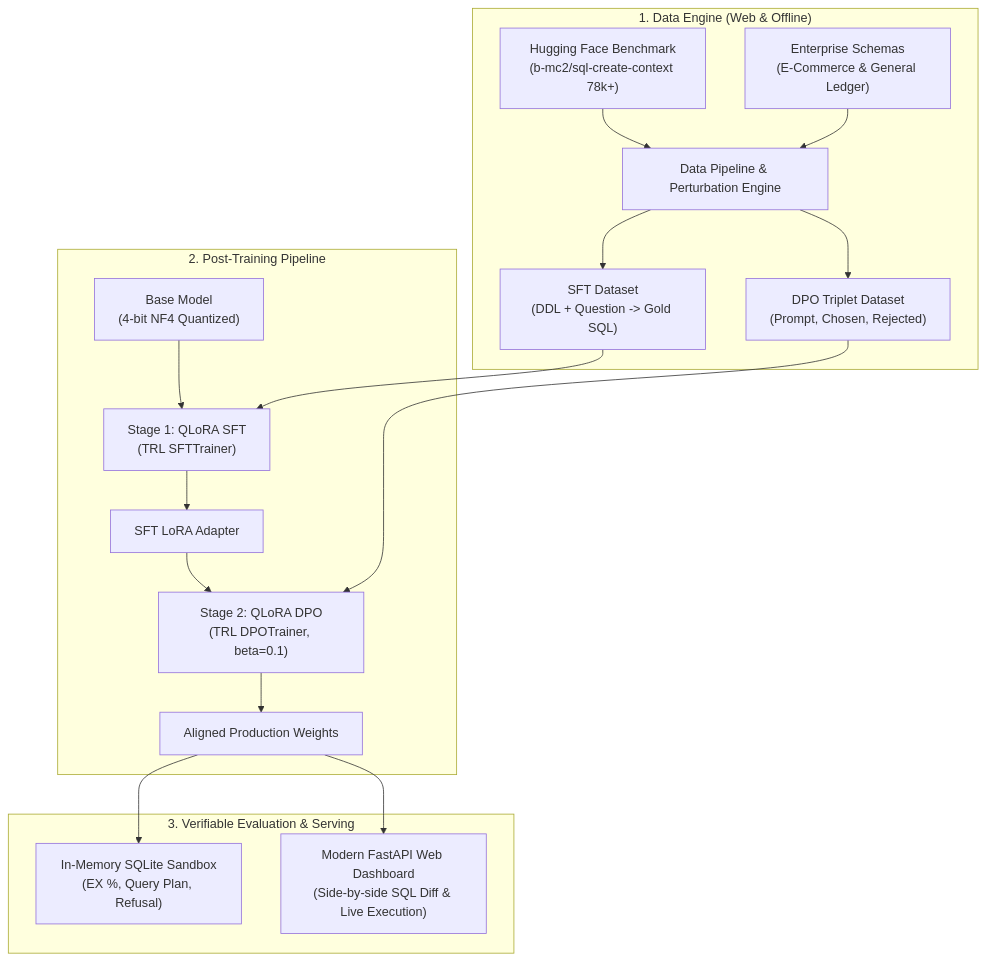
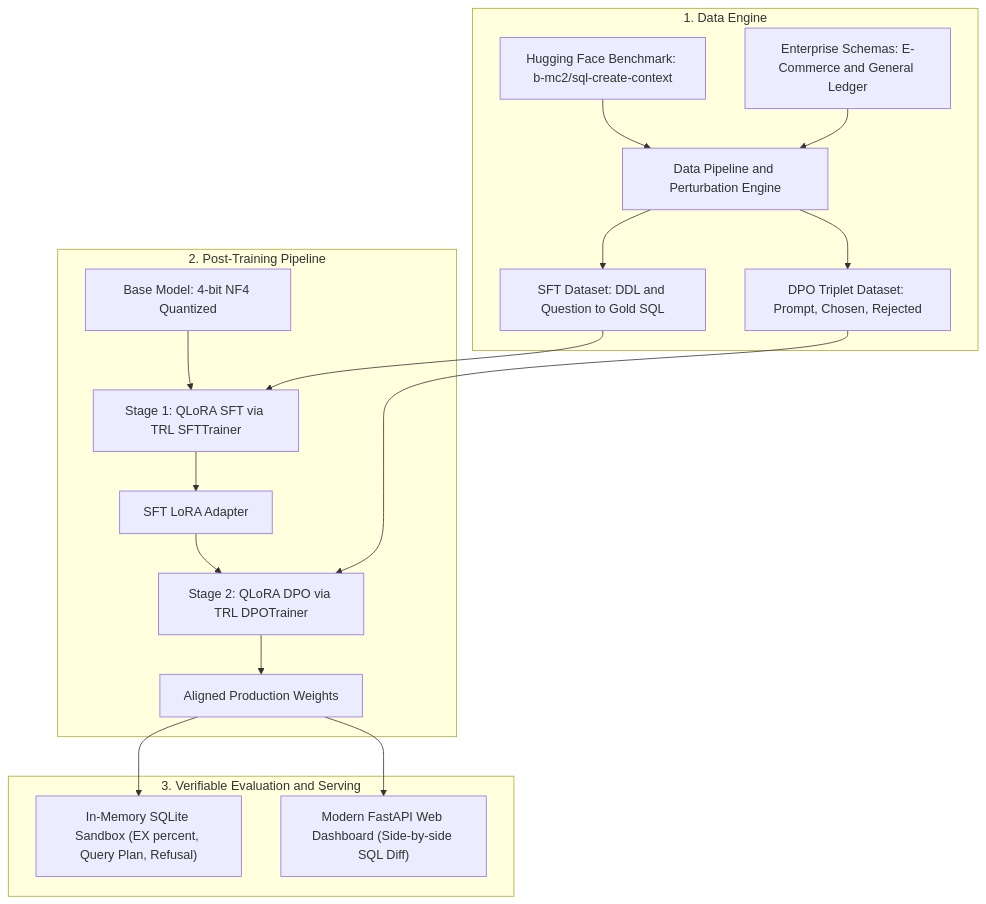
Before and after one commit to yashsham/text2sql-qlora-dpo-engine: the diagram in README.md, drawn with Mermaid.

Commit message:
fix(docs): fix Mermaid diagram syntax for GitHub renderer

````diff
--- a/README.md
+++ b/README.md
@@ -18,23 +18,23 @@
 ```mermaid
 flowchart TD
-    subgraph Data["1. Data Engine (Web & Offline)"]
-        HF["Hugging Face Benchmark<br/>(b-mc2/sql-create-context 78k+)"] --> Prep["Data Pipeline & Perturbation Engine"]
-        Curated["Enterprise Schemas<br/>(E-Commerce & General Ledger)"] --> Prep
-        Prep --> SFT_Data["SFT Dataset<br/>(DDL + Question -> Gold SQL)"]
-        Prep --> DPO_Data["DPO Triplet Dataset<br/>(Prompt, Chosen, Rejected)"]
+    subgraph Data ["1. Data Engine"]
+        HF["Hugging Face Benchmark: b-mc2/sql-create-context"] --> Prep["Data Pipeline and Perturbation Engine"]
+        Curated["Enterprise Schemas: E-Commerce and General Ledger"] --> Prep
+        Prep --> SFT_Data["SFT Dataset: DDL and Question to Gold SQL"]
+        Prep --> DPO_Data["DPO Triplet Dataset: Prompt, Chosen, Rejected"]
     end
 
-    subgraph Train["2. Post-Training Pipeline"]
-        Base["Base Model<br/>(4-bit NF4 Quantized)"] --> SFT_Stage["Stage 1: QLoRA SFT<br/>(TRL SFTTrainer)"]
+    subgraph Train ["2. Post-Training Pipeline"]
+        Base["Base Model: 4-bit NF4 Quantized"] --> SFT_Stage["Stage 1: QLoRA SFT via TRL SFTTrainer"]
         SFT_Data --> SFT_Stage
         SFT_Stage --> SFT_Weights["SFT LoRA Adapter"]
-        SFT_Weights --> DPO_Stage["Stage 2: QLoRA DPO<br/>(TRL DPOTrainer, beta=0.1)"]
+        SFT_Weights --> DPO_Stage["Stage 2: QLoRA DPO via TRL DPOTrainer"]
         DPO_Data --> DPO_Stage
         DPO_Stage --> Final_Model["Aligned Production Weights"]
     end
 
-    subgraph Eval["3. Verifiable Evaluation & Serving"]
-        Final_Model --> Test_Runner["In-Memory SQLite Sandbox<br/>(EX %, Query Plan, Refusal)"]
-        Final_Model --> Modern_UI["Modern FastAPI Web Dashboard<br/>(Side-by-side SQL Diff & Live Execution)"]
+    subgraph Eval ["3. Verifiable Evaluation and Serving"]
+        Final_Model --> Test_Runner["In-Memory SQLite Sandbox (EX percent, Query Plan, Refusal)"]
+        Final_Model --> Modern_UI["Modern FastAPI Web Dashboard (Side-by-side SQL Diff)"]
     end
 ```
````
